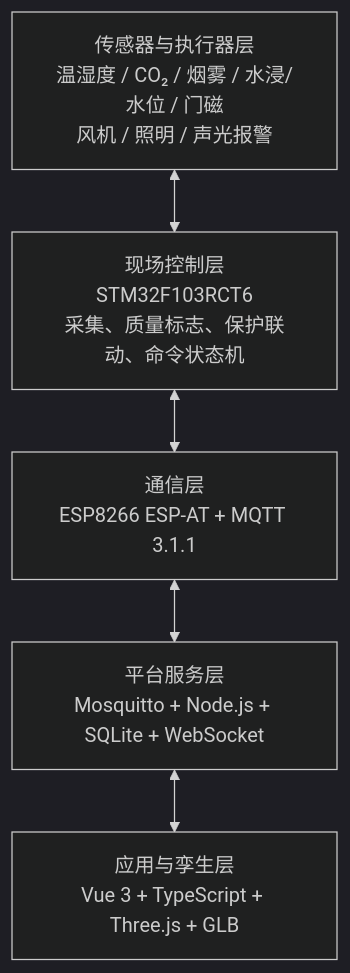
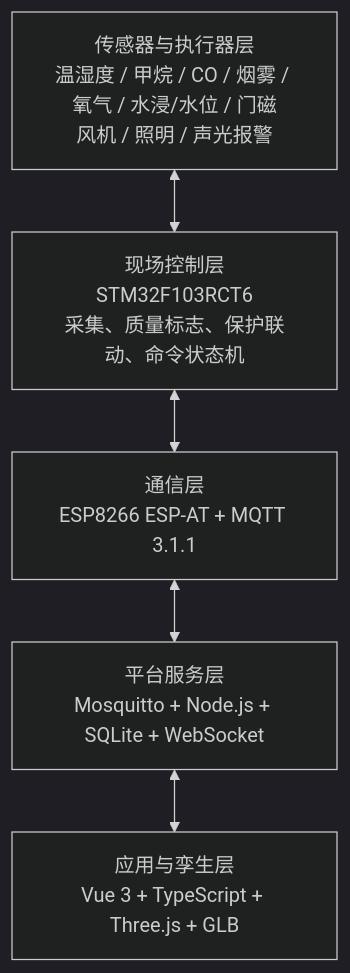
One commit to x1ng-chen/utility-tunnel-digital-twin changed the second of 2 diagrams in README.md. Above: the diagram before and after it, drawn with Mermaid (dark theme). The commit also changed other lines of this file and 4 other files, not shown here.

````diff
--- a/README.md
+++ b/README.md
@@ -99,13 +99,13 @@
 ```mermaid
 flowchart TB
-    S[传感器与执行器层<br/>温湿度 / CO₂ / 烟雾 / 水浸/水位 / 门磁<br/>风机 / 照明 / 声光报警]
+    S[传感器与执行器层<br/>温湿度 / 甲烷 / CO / 烟雾 / 氧气 / 水浸/水位 / 门磁<br/>风机 / 照明 / 声光报警]
     C[现场控制层<br/>STM32F103RCT6<br/>采集、质量标志、保护联动、命令状态机]
     G[通信层<br/>ESP8266 ESP-AT + MQTT 3.1.1]
     P[平台服务层<br/>Mosquitto + Node.js + SQLite + WebSocket]
     W[应用与孪生层<br/>Vue 3 + TypeScript + Three.js + GLB]
 
     S <--> C
     C <--> G
     G <--> P
     P <--> W
 ```
````
